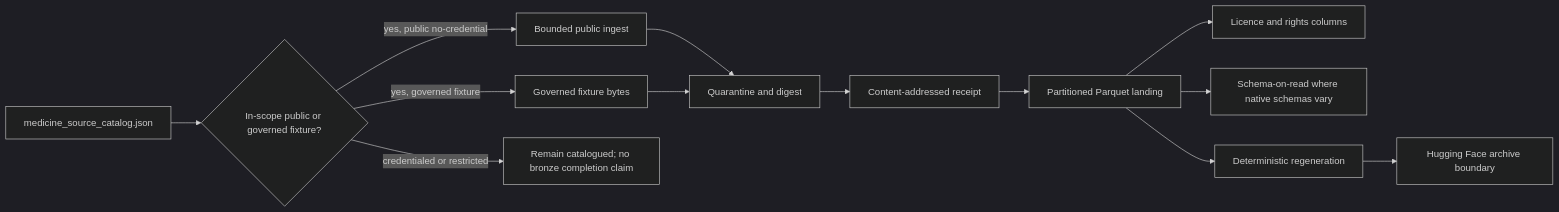
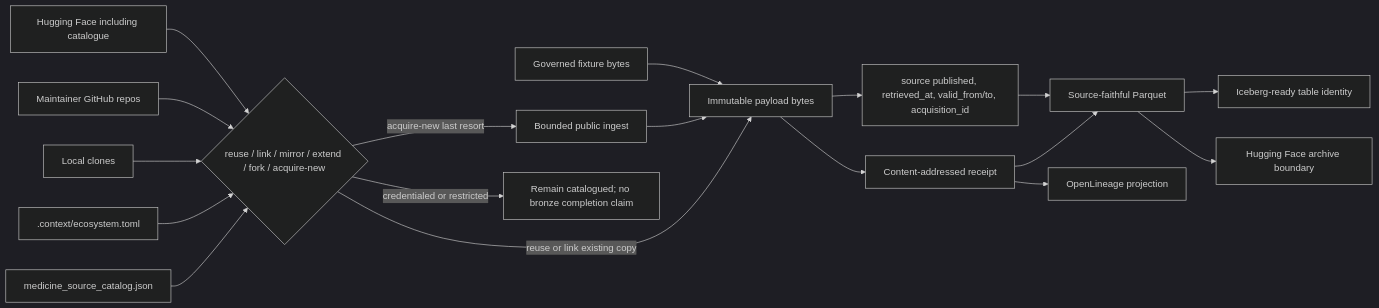
One commit to edithatogo/global-medicines-atlas changed diagram 16 of 17 in conductor/design.md. Above: the diagram before and after it, drawn with Mermaid (dark theme). The commit also changed other lines of this file and 34 other files, not shown here.

First line of the commit message:
feat: land bronze payload truth, reuse gate, and temporal identity (#167)

````diff
--- a/conductor/design.md
+++ b/conductor/design.md
@@ -499,28 +506,37 @@
 ```mermaid
 flowchart LR
     CATALOG["medicine_source_catalog.json"]
-    POLICY{"In-scope public or governed fixture?"}
+    ECO[".context/ecosystem.toml"]
+    LOCAL["Local clones"]
+    GH["Maintainer GitHub repos"]
+    HFSEARCH["Hugging Face including catalogue"]
+    GATE{"reuse / link / mirror / extend / fork / acquire-new"}
     FETCH["Bounded public ingest"]
     FIXTURE["Governed fixture bytes"]
-    QUAR["Quarantine and digest"]
+    PAYLOAD["Immutable payload bytes"]
     RECEIPT["Content-addressed receipt"]
-    LAND["Partitioned Parquet landing"]
-    RIGHTS["Licence and rights columns"]
-    SCHEMA["Schema-on-read where native schemas vary"]
-    REGEN["Deterministic regeneration"]
+    TIME["source published, retrieved_at, valid_from/to, acquisition_id"]
+    PARQUET["Source-faithful Parquet"]
+    OL["OpenLineage projection"]
+    ICE["Iceberg-ready table identity"]
     HF["Hugging Face archive boundary"]
     BLOCK["Remain catalogued; no bronze completion claim"]
 
-    CATALOG --> POLICY
-    POLICY -->|yes, public no-credential| FETCH
-    POLICY -->|yes, governed fixture| FIXTURE
-    POLICY -->|credentialed or restricted| BLOCK
-    FETCH --> QUAR
-    FIXTURE --> QUAR
-    QUAR --> RECEIPT
-    RECEIPT --> LAND
-    LAND --> RIGHTS
-    LAND --> SCHEMA
-    LAND --> REGEN
-    REGEN --> HF
+    CATALOG --> GATE
+    ECO --> GATE
+    LOCAL --> GATE
+    GH --> GATE
+    HFSEARCH --> GATE
+    GATE -->|acquire-new last resort| FETCH
+    GATE -->|reuse or link existing copy| PAYLOAD
+    GATE -->|credentialed or restricted| BLOCK
+    FETCH --> PAYLOAD
+    FIXTURE --> PAYLOAD
+    PAYLOAD --> RECEIPT
+    PAYLOAD --> TIME
+    RECEIPT --> PARQUET
+    TIME --> PARQUET
+    RECEIPT --> OL
+    PARQUET --> ICE
+    PARQUET --> HF
 ```
````
